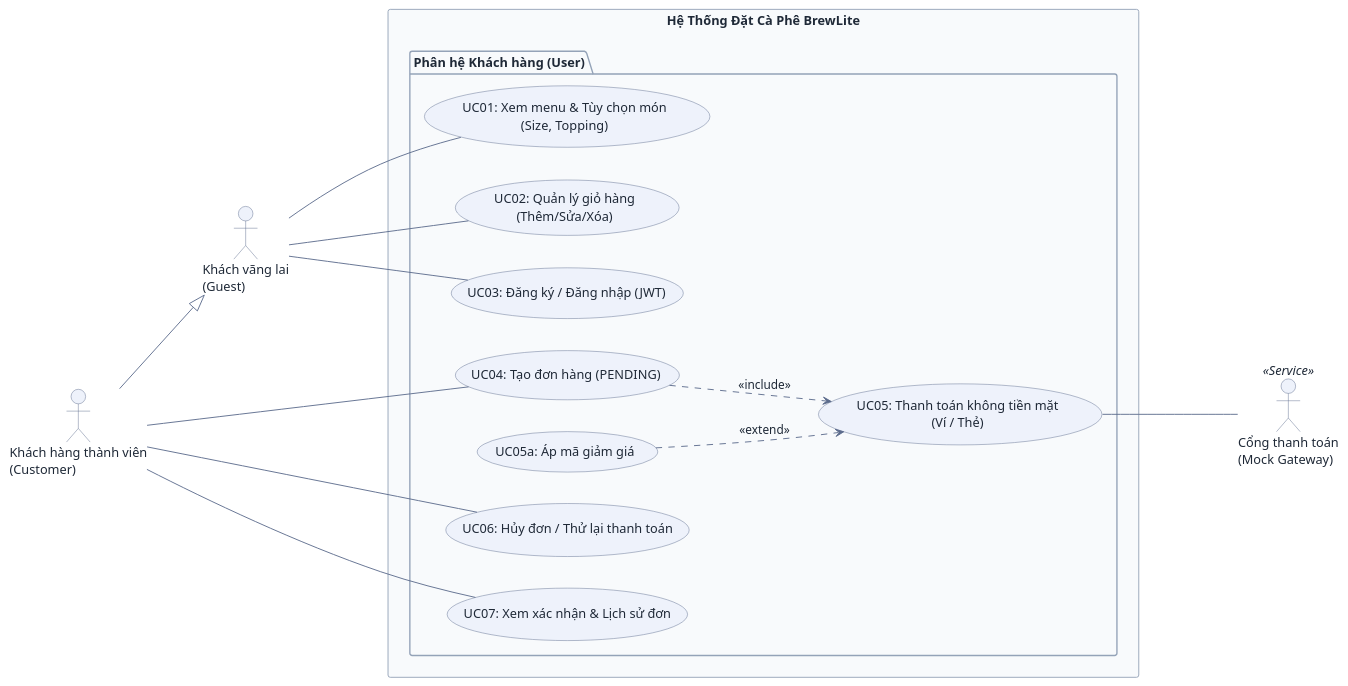
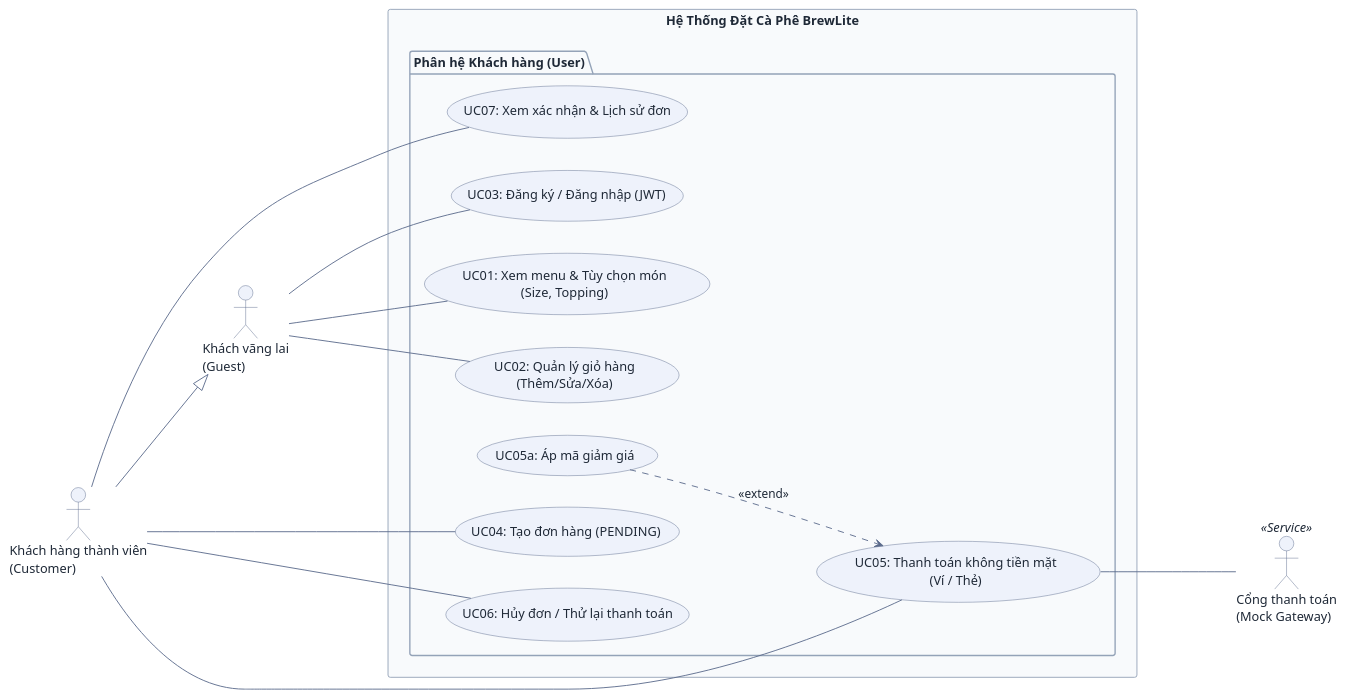
The second of 2 diagrams in docs/use-case-specifications.md (DuVinhLoi/BrewLite), drawn with PlantUML before and after one commit. The commit also changed other lines of this file and 2 other files, not shown here.

First line of the commit message:
docs: sync use case + sequence specs and status report with code

````diff
--- a/docs/use-case-specifications.md
+++ b/docs/use-case-specifications.md
@@ -135,57 +137,57 @@
 ```plantuml
 @startuml
 skinparam DefaultFontColor #1f2937
 skinparam ArrowColor #5b6b8c
 skinparam ArrowFontColor #1f2937
 skinparam PackageBackgroundColor #f8fafc
 skinparam PackageBorderColor #94a3b8
 skinparam ActorBackgroundColor #eef2fb
 skinparam ActorBorderColor #5b6b8c
 skinparam UsecaseBackgroundColor #eef2fb
 skinparam UsecaseBorderColor #5b6b8c
 
 left to right direction
 
 ' --- TÁC NHÂN CHÍNH ---
 actor "Khách vãng lai\n(Guest)" as Guest
 actor "Khách hàng thành viên\n(Customer)" as Customer
 
 ' Customer kế thừa toàn bộ quyền của Guest
 Customer --|> Guest
 
 ' --- KHUNG HỆ THỐNG ---
 rectangle "Hệ Thống Đặt Cà Phê BrewLite" {
   package "Phân hệ Khách hàng (User)" {
     usecase "UC01: Xem menu & Tùy chọn món\n(Size, Topping)" as UC01
     usecase "UC02: Quản lý giỏ hàng\n(Thêm/Sửa/Xóa)" as UC02
     usecase "UC03: Đăng ký / Đăng nhập (JWT)" as UC03
     usecase "UC04: Tạo đơn hàng (PENDING)" as UC04
     usecase "UC05: Thanh toán không tiền mặt\n(Ví / Thẻ)" as UC05
     usecase "UC05a: Áp mã giảm giá" as UC05a
     usecase "UC06: Hủy đơn / Thử lại thanh toán" as UC06
     usecase "UC07: Xem xác nhận & Lịch sử đơn" as UC07
   }
 }
 
 ' --- TÁC NHÂN PHỤ (BÊN PHẢI) ---
 actor "Cổng thanh toán\n(Mock Gateway)" as Gateway <<Service>>
 
 ' --- ĐƯỜNG NỐI GUEST ---
 Guest --- UC01
 Guest --- UC02
 Guest --- UC03
 
 ' --- ĐƯỜNG NỐI CUSTOMER ---
 Customer --- UC04
+Customer --- UC05
 Customer --- UC06
 Customer --- UC07
 
-' --- QUAN HỆ INCLUDE & EXTEND ---
-UC04 ..> UC05 : <<include>>
+' --- QUAN HỆ EXTEND ---
 UC05a ..> UC05 : <<extend>>
 
 ' --- KẾT NỐI CỔNG THANH TOÁN ---
 UC05 --- Gateway
 
 @enduml
 ```
````
